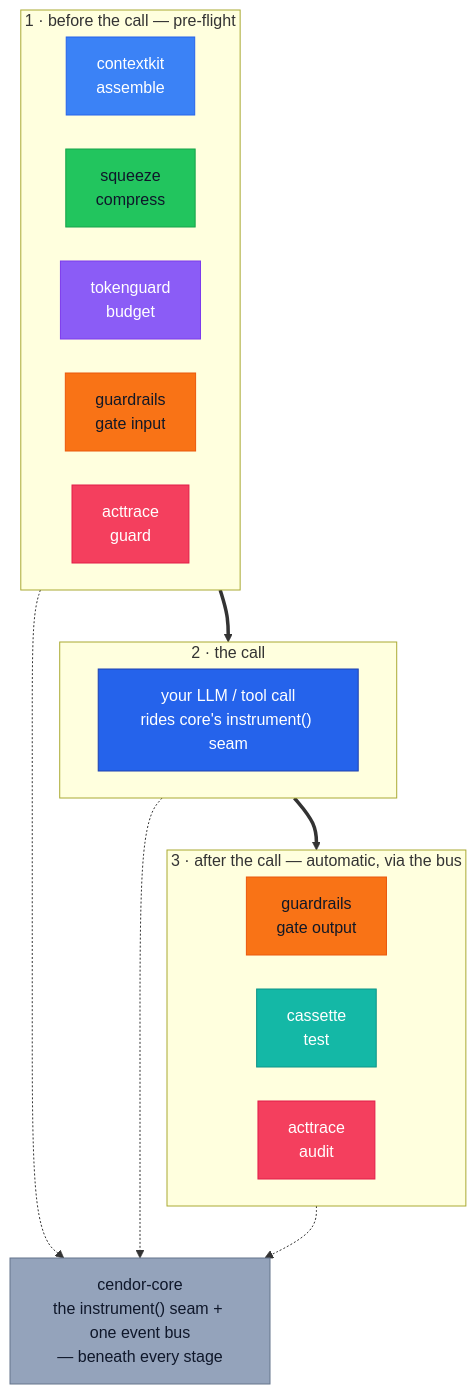
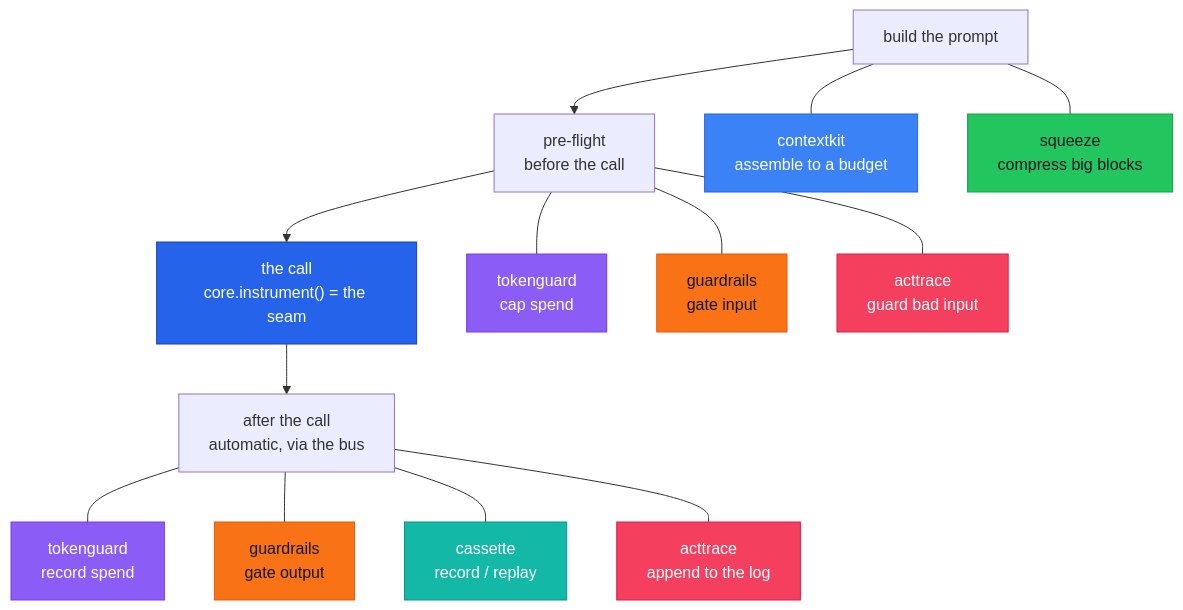
One commit to cendorhq/cendor-libs changed the first of 3 diagrams in docs/architecture.md. Above: the diagram before and after it, drawn with Mermaid. The commit also changed other lines of this file, not shown here.

Commit message:
docs(architecture): swap the mental-model tower for the proven spine-branch layout
The flowchart-TB subgraph version stacked the unconnected phase nodes into a tall, ugly tower — mermaid ignores subgraph 'direction' for unconnected nodes, so neither LR (crammed) nor TB (tower) matched the /libraries UX. Use the same graph TD spine-branch layout the /docs index already renders cleanly: a vertical lifecycle spine (build -> pre-flight -> the call -> after) with each library branching off the stage where it acts, colored by brand hue. Compact, vertical, readable.

````diff
--- a/docs/architecture.md
+++ b/docs/architecture.md
@@ -11,43 +11,34 @@
 ```mermaid
-%%{init: {"flowchart": {"htmlLabels": false, "nodeSpacing": 34, "rankSpacing": 52}} }%%
-flowchart TB
-    subgraph BEFORE["1 · before the call — pre-flight"]
-        direction LR
-        CK["contextkit<br/>assemble"]
-        SQ["squeeze<br/>compress"]
-        TG["tokenguard<br/>budget"]
-        GRI["guardrails<br/>gate input"]
-        ATG["acttrace<br/>guard"]
-    end
-    subgraph CALL["2 · the call"]
-        LLM["your LLM / tool call<br/>rides core's instrument() seam"]
-    end
-    subgraph AFTER["3 · after the call — automatic, via the bus"]
-        direction LR
-        GRO["guardrails<br/>gate output"]
-        CS["cassette<br/>test"]
-        ATA["acttrace<br/>audit"]
-    end
-    CORE["cendor-core<br/>the instrument() seam + one event bus<br/>— beneath every stage"]
-    BEFORE ==> CALL ==> AFTER
-    BEFORE -.-> CORE
-    CALL -.-> CORE
-    AFTER -.-> CORE
+%%{init: {"flowchart": {"htmlLabels": false}} }%%
+graph TD
+    B["build the prompt"]
+    PRE["pre-flight<br/>before the call"]
+    CALL["the call<br/>core.instrument() = the seam"]
+    POST["after the call<br/>automatic, via the bus"]
+    B --> PRE --> CALL --> POST
 
-    classDef ck fill:#3B82F6,color:#ffffff,stroke:#2563EB,stroke-width:1px;
-    classDef sq fill:#22C55E,color:#0F172A,stroke:#16A34A,stroke-width:1px;
-    classDef tg fill:#8B5CF6,color:#ffffff,stroke:#7C3AED,stroke-width:1px;
-    classDef gr fill:#F97316,color:#111827,stroke:#EA580C,stroke-width:1px;
-    classDef cs fill:#14B8A6,color:#ffffff,stroke:#0D9488,stroke-width:1px;
-    classDef at fill:#F43F5E,color:#ffffff,stroke:#E11D48,stroke-width:1px;
-    classDef seam fill:#2563EB,color:#ffffff,stroke:#1E40AF,stroke-width:1px;
-    classDef co fill:#94A3BB,color:#0F172A,stroke:#64748B,stroke-width:1px;
+    B --- CK["contextkit<br/>assemble to a budget"]
+    B --- SQ["squeeze<br/>compress big blocks"]
+    PRE --- TG1["tokenguard<br/>cap spend"]
+    PRE --- GRI["guardrails<br/>gate input"]
+    PRE --- ATG["acttrace<br/>guard bad input"]
+    POST --- TG2["tokenguard<br/>record spend"]
+    POST --- GRO["guardrails<br/>gate output"]
+    POST --- CS["cassette<br/>record / replay"]
+    POST --- ATA["acttrace<br/>append to the log"]
+
+    classDef seam fill:#2563EB,color:#ffffff,stroke:#1E40AF;
+    classDef ck fill:#3B82F6,color:#ffffff,stroke:#2563EB;
+    classDef sq fill:#22C55E,color:#0F172A,stroke:#16A34A;
+    classDef tg fill:#8B5CF6,color:#ffffff,stroke:#7C3AED;
+    classDef gr fill:#F97316,color:#111827,stroke:#EA580C;
+    classDef cs fill:#14B8A6,color:#ffffff,stroke:#0D9488;
+    classDef at fill:#F43F5E,color:#ffffff,stroke:#E11D48;
+    class CALL seam;
     class CK ck;
     class SQ sq;
-    class TG tg;
+    class TG1,TG2 tg;
     class GRI,GRO gr;
     class CS cs;
     class ATG,ATA at;
-    class LLM seam;
-    class CORE co;
 ```
````
